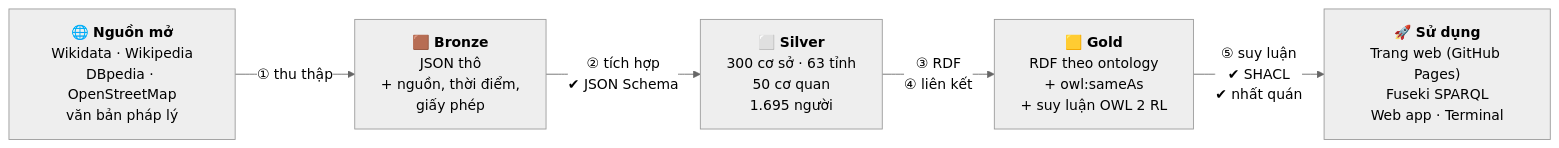
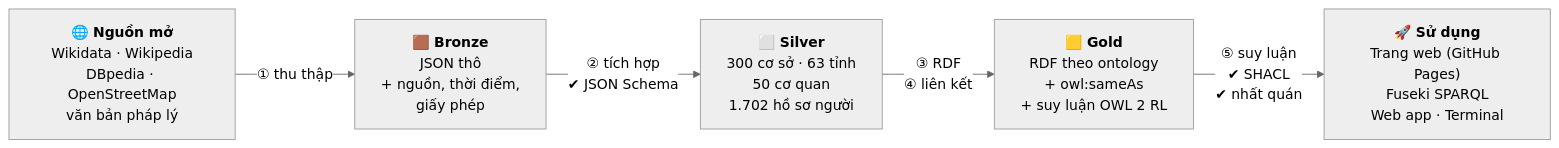
The first of 3 diagrams in README.md (pham-ng/Vietnam-University-Knowledge-Graph-ver2), drawn with Mermaid (neutral theme) before and after one commit. The commit also changed other lines of this file and 46 other files, not shown here.

````diff
--- a/README.md
+++ b/README.md
@@ -147,12 +153,12 @@
 ```mermaid
 flowchart LR
     SRC["🌐 <b>Nguồn mở</b><br/>Wikidata · Wikipedia<br/>DBpedia · OpenStreetMap<br/>văn bản pháp lý"]
     BR["🟫 <b>Bronze</b><br/>JSON thô<br/>+ nguồn, thời điểm,<br/>giấy phép"]
-    SI["⬜ <b>Silver</b><br/>300 cơ sở · 63 tỉnh<br/>50 cơ quan<br/>1.695 người"]
+    SI["⬜ <b>Silver</b><br/>300 cơ sở · 63 tỉnh<br/>50 cơ quan<br/>1.702 hồ sơ người"]
     GO["🟨 <b>Gold</b><br/>RDF theo ontology<br/>+ owl:sameAs<br/>+ suy luận OWL 2 RL"]
     OUT["🚀 <b>Sử dụng</b><br/>Trang web (GitHub Pages)<br/>Fuseki SPARQL<br/>Web app · Terminal"]
     SRC -->|"① thu thập"| BR
     BR -->|"② tích hợp<br/>✔ JSON Schema"| SI
     SI -->|"③ RDF<br/>④ liên kết"| GO
     GO -->|"⑤ suy luận<br/>✔ SHACL<br/>✔ nhất quán"| OUT
 ```
````
